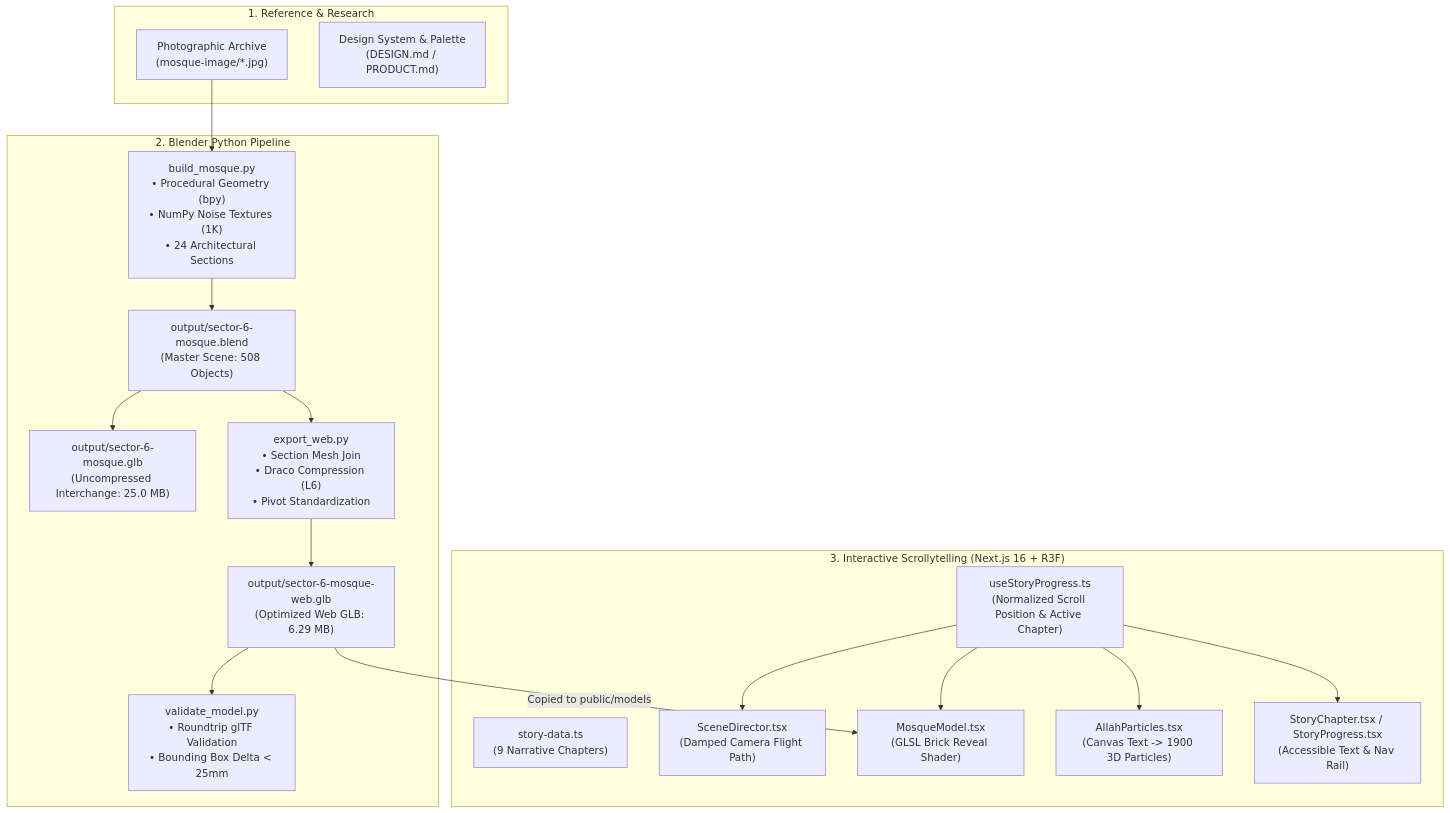
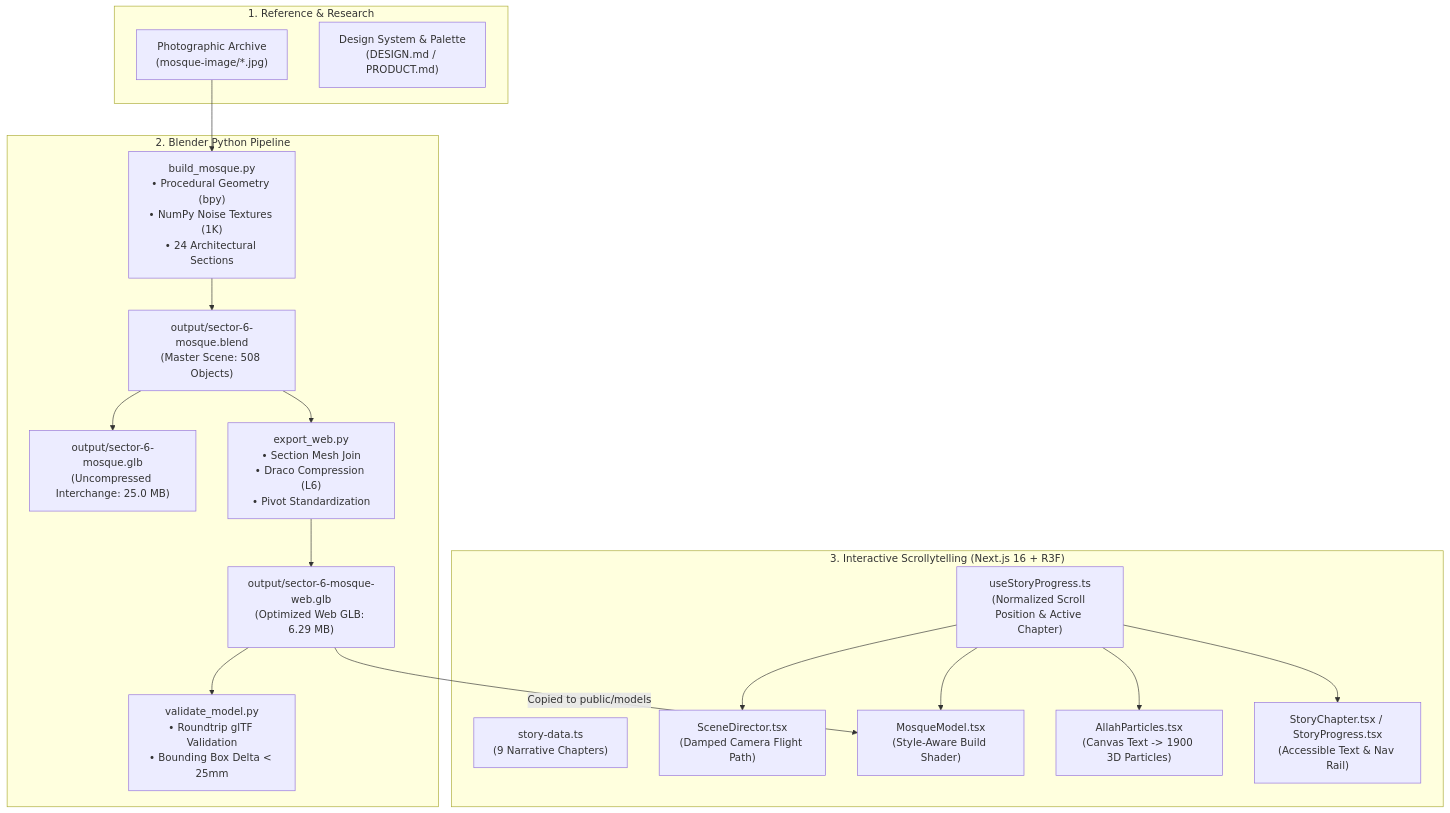
One commit to cosmicdanish1/blander-mosque changed the diagram in README.md. Above: the diagram before and after it, drawn with Mermaid. The commit also changed other lines of this file and 8 other files, not shown here.

````diff
--- a/README.md
+++ b/README.md
@@ -43,37 +43,37 @@
 ```mermaid
 flowchart TD
     subgraph References["1. Reference & Research"]
         Photos["Photographic Archive\n(mosque-image/*.jpg)"]
         DesignDoc["Design System & Palette\n(DESIGN.md / PRODUCT.md)"]
     end
 
     subgraph ProceduralPipeline["2. Blender Python Pipeline"]
         BuildPy["build_mosque.py\n• Procedural Geometry (bpy)\n• NumPy Noise Textures (1K)\n• 24 Architectural Sections"]
         BlendMaster["output/sector-6-mosque.blend\n(Master Scene: 508 Objects)"]
         MasterGLB["output/sector-6-mosque.glb\n(Uncompressed Interchange: 25.0 MB)"]
         ExportWeb["export_web.py\n• Section Mesh Join\n• Draco Compression (L6)\n• Pivot Standardization"]
         WebGLB["output/sector-6-mosque-web.glb\n(Optimized Web GLB: 6.29 MB)"]
         ValidatePy["validate_model.py\n• Roundtrip glTF Validation\n• Bounding Box Delta < 25mm"]
     end
 
     subgraph WebApplication["3. Interactive Scrollytelling (Next.js 16 + R3F)"]
         StoryData["story-data.ts\n(9 Narrative Chapters)"]
         ScrollHook["useStoryProgress.ts\n(Normalized Scroll Position & Active Chapter)"]
         Director["SceneDirector.tsx\n(Damped Camera Flight Path)"]
-        ModelRenderer["MosqueModel.tsx\n(GLSL Brick Reveal Shader)"]
+        ModelRenderer["MosqueModel.tsx\n(Style-Aware Build Shader)"]
         Calligraphy["AllahParticles.tsx\n(Canvas Text -> 1900 3D Particles)"]
         UIOverlay["StoryChapter.tsx / StoryProgress.tsx\n(Accessible Text & Nav Rail)"]
     end
 
     Photos --> BuildPy
     BuildPy --> BlendMaster
     BlendMaster --> MasterGLB
     BlendMaster --> ExportWeb
     ExportWeb --> WebGLB
     WebGLB --> ValidatePy
     WebGLB -->|Copied to public/models| ModelRenderer
     ScrollHook --> Director
     ScrollHook --> ModelRenderer
     ScrollHook --> Calligraphy
     ScrollHook --> UIOverlay
 ```
````
